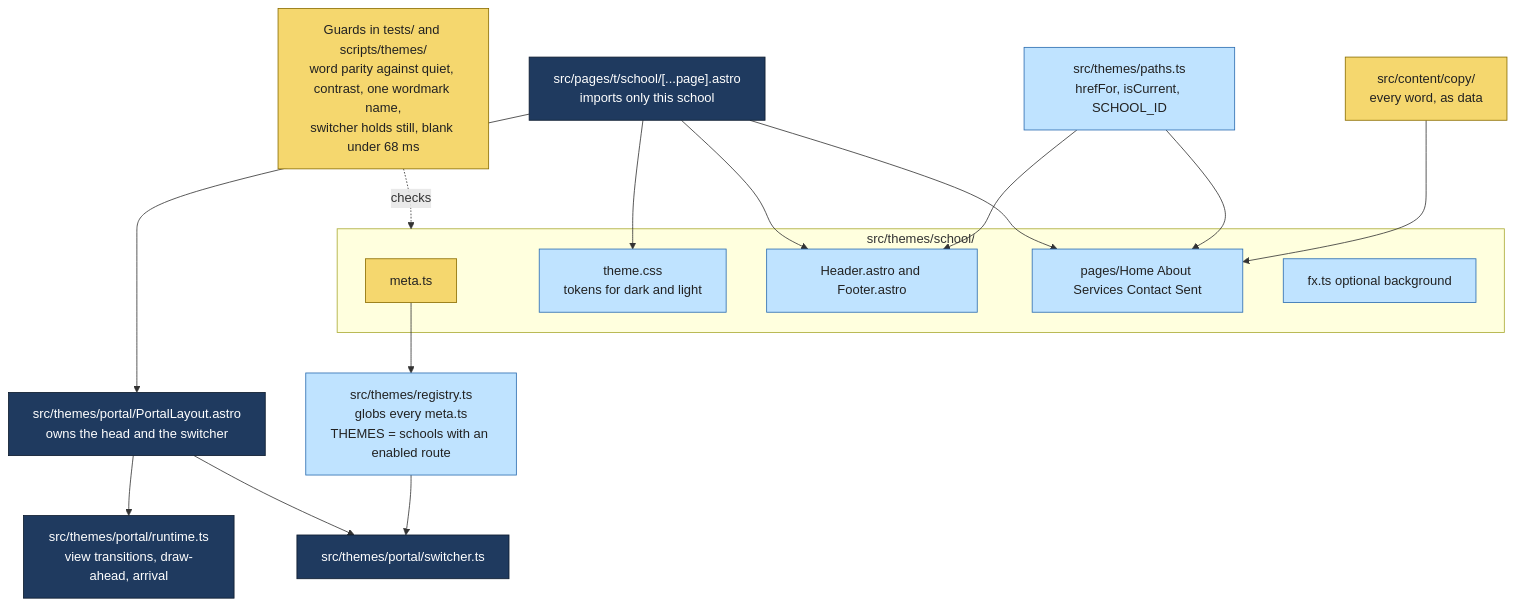
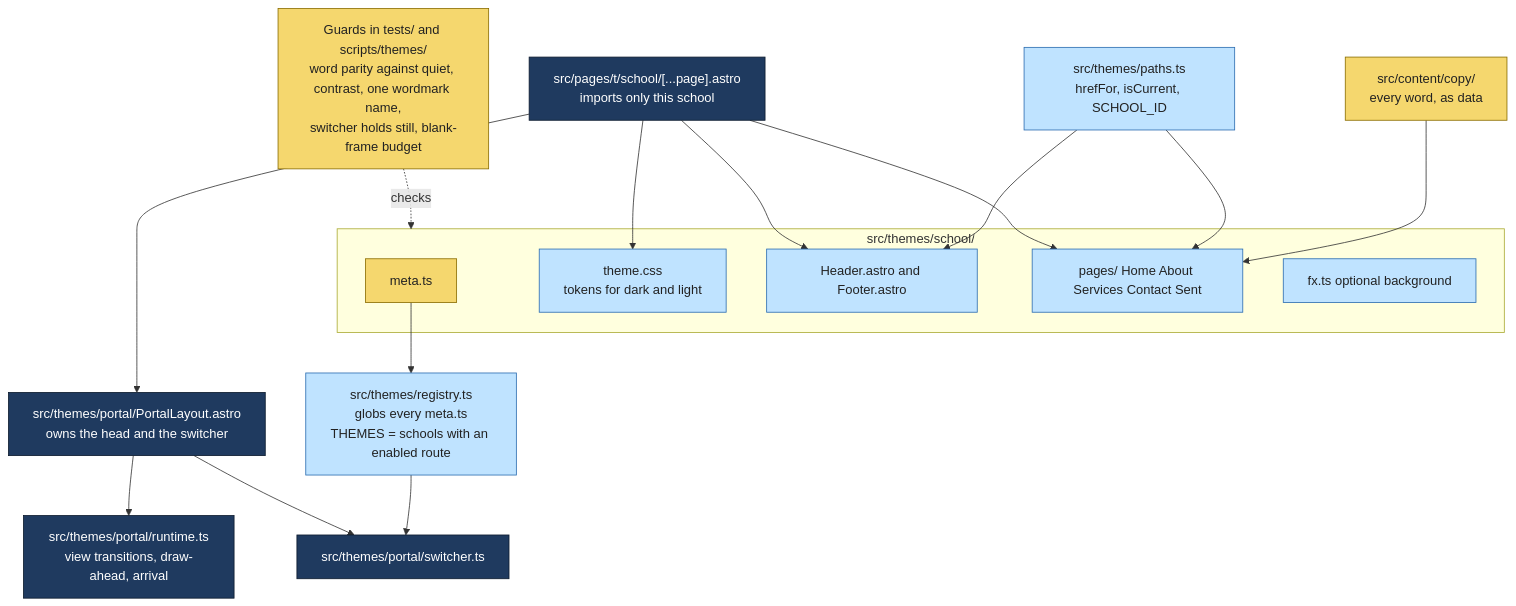
The fourth of 7 diagrams in README.md (BirchDesignLab/birchdesignlab), drawn with Mermaid before and after one commit. The commit also changed other lines of this file and 4 other files, not shown here.

````diff
--- a/README.md
+++ b/README.md
@@ -215,36 +224,36 @@
 ```mermaid
 flowchart TB
     classDef store fill:#f5d76e,stroke:#8a6d00,color:#222
     classDef cloud fill:#1f3a5f,stroke:#0d1b2e,color:#fff
     classDef you fill:#bfe3ff,stroke:#2b6cb0,color:#222
 
-    COPY[src/content/copy/<br/>every word, as data]:::store
-    PATHS[src/themes/paths.ts<br/>hrefFor, isCurrent, SCHOOL_ID]:::you
-    REG[src/themes/registry.ts<br/>globs every meta.ts<br/>THEMES = schools with an enabled route]:::you
-    PL[src/themes/portal/PortalLayout.astro<br/>owns the head and the switcher]:::cloud
-    RT[src/themes/portal/runtime.ts<br/>view transitions, draw-ahead, arrival]:::cloud
-    SW[src/themes/portal/switcher.ts]:::cloud
+    COPY["src/content/copy/<br/>every word, as data"]:::store
+    PATHS["src/themes/paths.ts<br/>hrefFor, isCurrent, SCHOOL_ID"]:::you
+    REG["src/themes/registry.ts<br/>globs every meta.ts<br/>THEMES = schools with an enabled route"]:::you
+    PL["src/themes/portal/PortalLayout.astro<br/>owns the head and the switcher"]:::cloud
+    RT["src/themes/portal/runtime.ts<br/>view transitions, draw-ahead, arrival"]:::cloud
+    SW["src/themes/portal/switcher.ts"]:::cloud
 
-    subgraph SCHOOL[src/themes/school/]
-        META[meta.ts]:::store
-        CSS[theme.css<br/>tokens for dark and light]:::you
-        HF[Header.astro and Footer.astro]:::you
-        PG[pages/Home About Services Contact Sent]:::you
-        FX[fx.ts optional background]:::you
+    subgraph SCHOOL["src/themes/school/"]
+        META["meta.ts"]:::store
+        CSS["theme.css<br/>tokens for dark and light"]:::you
+        HF["Header.astro and Footer.astro"]:::you
+        PG["pages/ Home About Services Contact Sent"]:::you
+        FX["fx.ts optional background"]:::you
     end
     ROUTE["src/pages/t/school/[...page].astro<br/>imports only this school"]:::cloud
 
     COPY --> PG
     PATHS --> HF
     PATHS --> PG
     META --> REG --> SW
     ROUTE --> PL
     ROUTE --> PG
     ROUTE --> HF
     ROUTE --> CSS
     PL --> RT
     PL --> SW
 
-    GUARD[Guards in tests/ and scripts/themes/<br/>word parity against quiet, contrast, one wordmark name,<br/>switcher holds still, blank under 68 ms]:::store
-    GUARD -.checks.-> SCHOOL
+    GUARD["Guards in tests/ and scripts/themes/<br/>word parity against quiet, contrast, one wordmark name,<br/>switcher holds still, blank-frame budget"]:::store
+    GUARD -.->|"checks"| SCHOOL
 ```
````
